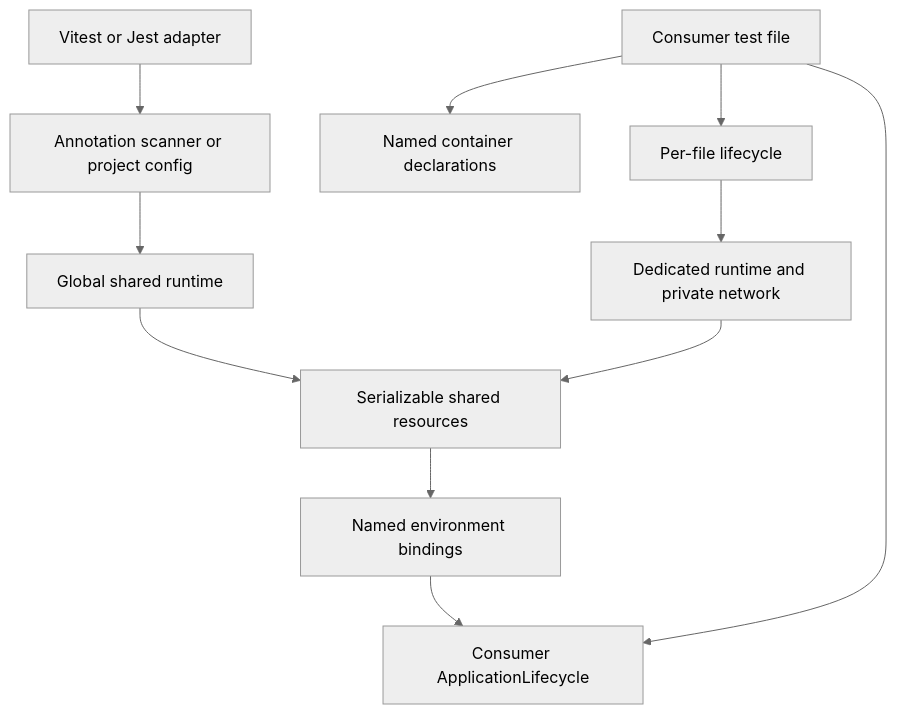
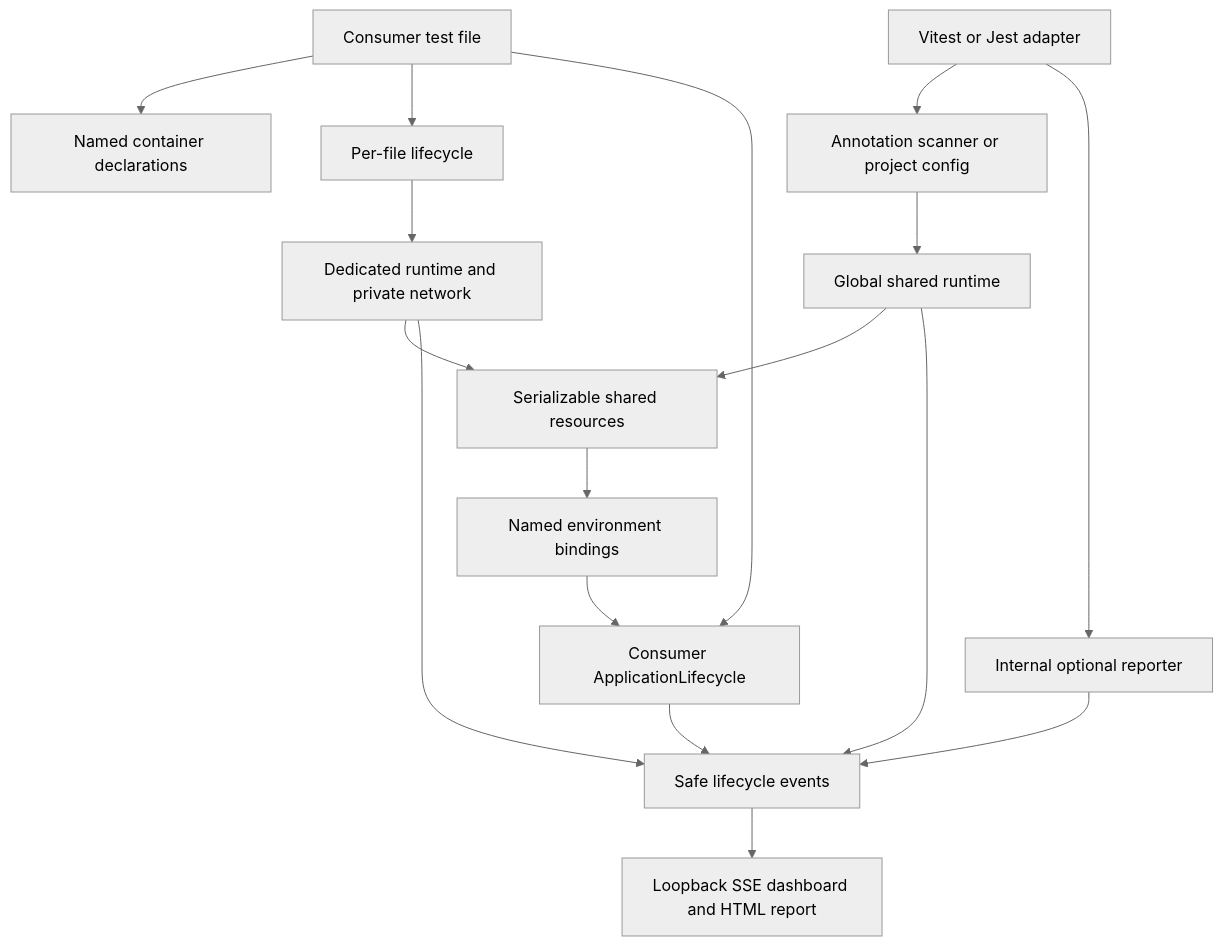
One commit to RolandSall/testcontainers-integration changed the diagram in docs/ARCHITECTURE.md. Above: the diagram before and after it, drawn with Mermaid (neutral theme). The commit also changed other lines of this file and 78 other files, not shown here.

````diff
--- a/docs/ARCHITECTURE.md
+++ b/docs/ARCHITECTURE.md
@@ -5,13 +5,19 @@
 ```mermaid
 flowchart TD
   Test[Consumer test file] --> Declaration[Named container declarations]
   Runner[Vitest or Jest adapter] --> Scanner[Annotation scanner or project config]
   Scanner --> Shared[Global shared runtime]
   Test --> File[Per-file lifecycle]
   File --> Dedicated[Dedicated runtime and private network]
   Shared --> Resources[Serializable shared resources]
   Dedicated --> Resources
   Resources --> Environment[Named environment bindings]
   Environment --> Application[Consumer ApplicationLifecycle]
   Test --> Application
+  Runner --> Reporter[Internal optional reporter]
+  Shared --> Events[Safe lifecycle events]
+  Dedicated --> Events
+  Application --> Events
+  Reporter --> Events
+  Events --> Dashboard[Loopback SSE dashboard and HTML report]
 ```
````
